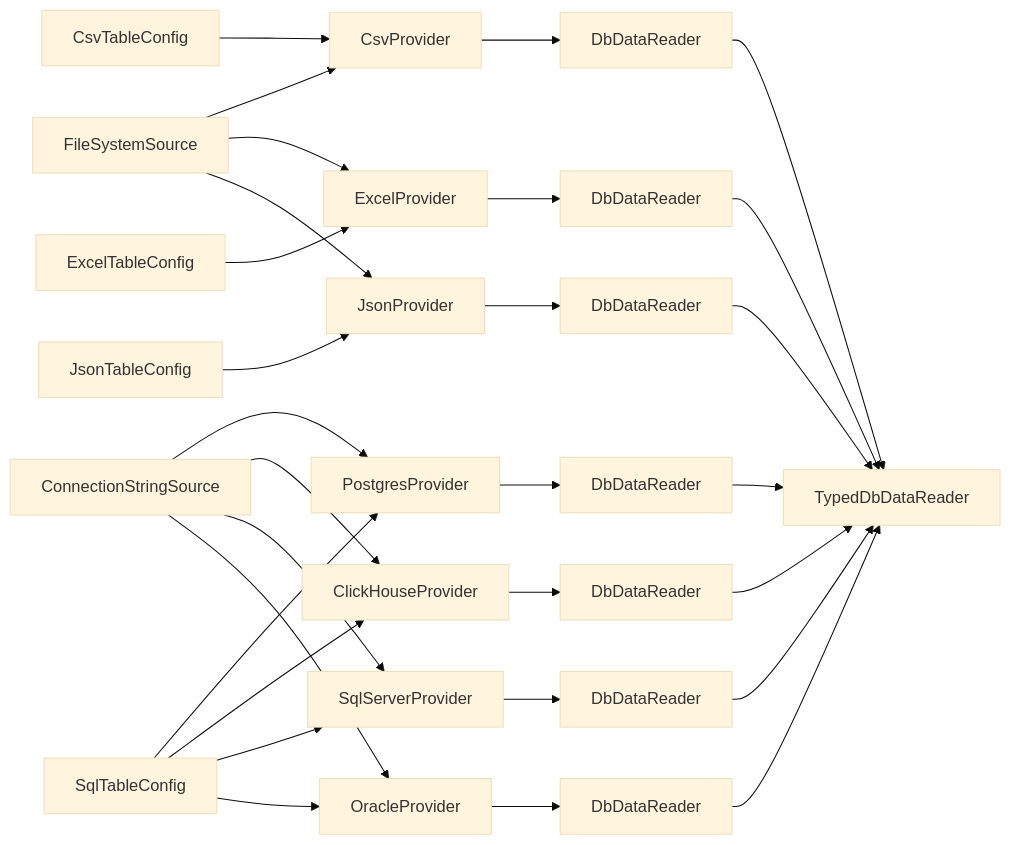
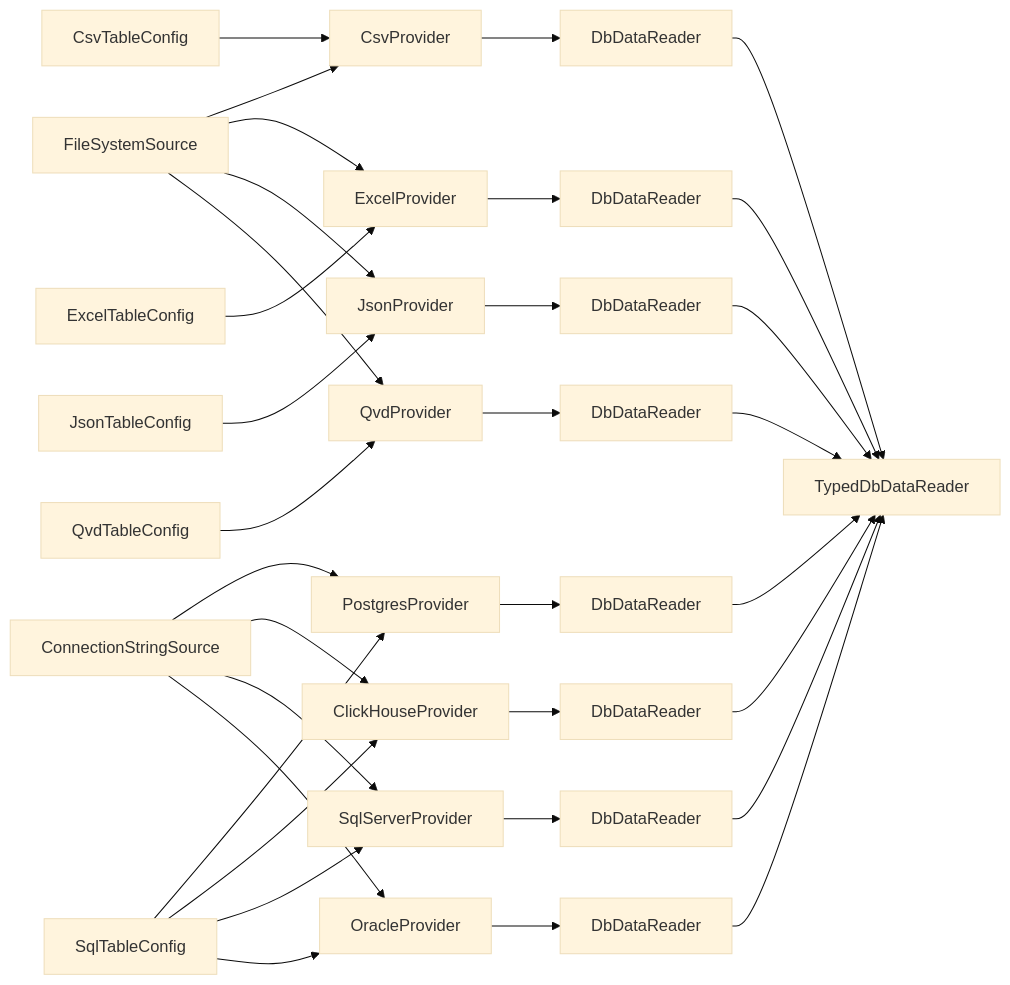
One commit to MikeKondr99/Loader changed the second of 2 diagrams in docs/architecture.md. Above: the diagram before and after it, drawn with Mermaid (base theme). The commit also changed other lines of this file and 28 other files, not shown here.

````diff
--- a/docs/architecture.md
+++ b/docs/architecture.md
@@ -66,38 +70,43 @@
 ```mermaid
 flowchart LR
     FileSource[FileSystemSource] --> CsvProvider
     CsvConfig[CsvTableConfig] --> CsvProvider
     CsvProvider --> CsvReader[DbDataReader]
 
     FileSource --> ExcelProvider
     ExcelConfig[ExcelTableConfig] --> ExcelProvider
     ExcelProvider --> ExcelReader[DbDataReader]
 
     FileSource --> JsonProvider
     JsonConfig[JsonTableConfig] --> JsonProvider
     JsonProvider --> JsonReader[DbDataReader]
+
+    FileSource --> QvdProvider
+    QvdConfig[QvdTableConfig] --> QvdProvider
+    QvdProvider --> QvdReader[DbDataReader]
 
     DbSource[ConnectionStringSource] --> PgProvider[PostgresProvider]
     SqlConfig[SqlTableConfig] --> PgProvider
     PgProvider --> PgReader[DbDataReader]
 
     DbSource --> ChProvider[ClickHouseProvider]
     SqlConfig --> ChProvider
     ChProvider --> ChReader[DbDataReader]
 
     DbSource --> SqlServerProvider[SqlServerProvider]
     SqlConfig --> SqlServerProvider
     SqlServerProvider --> SqlServerReader[DbDataReader]
 
     DbSource --> OracleProvider[OracleProvider]
     SqlConfig --> OracleProvider
     OracleProvider --> OracleReader[DbDataReader]
 
     CsvReader --> Typed[TypedDbDataReader]
     ExcelReader --> Typed
     JsonReader --> Typed
+    QvdReader --> Typed
     PgReader --> Typed
     ChReader --> Typed
     SqlServerReader --> Typed
     OracleReader --> Typed
 ```
````
